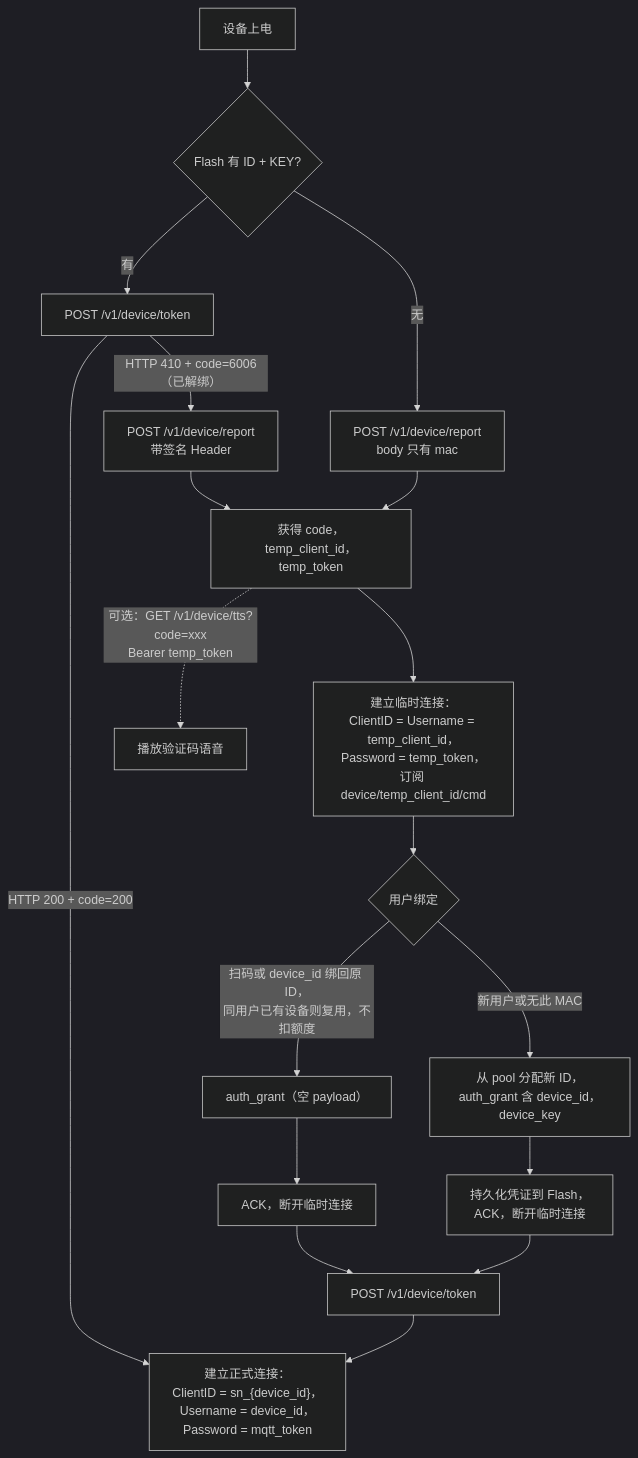
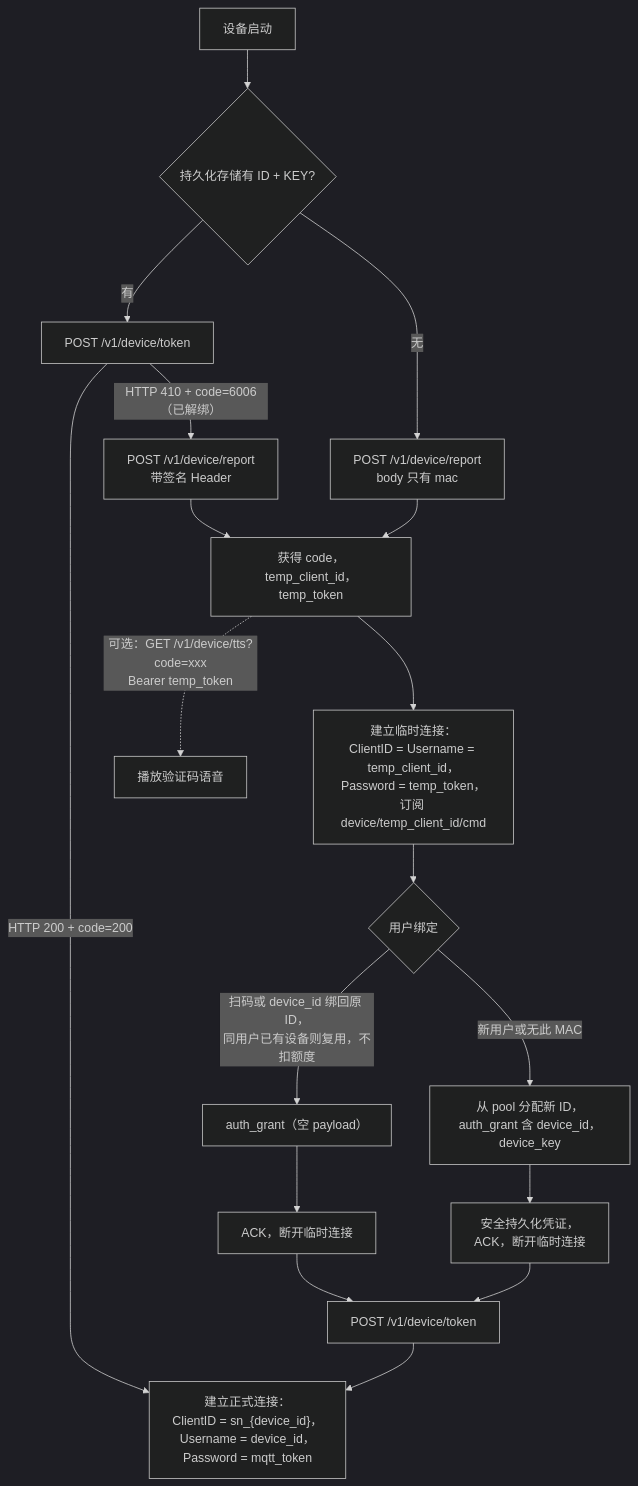
The diagram in thing-connect/device-integration.md (tangeai/tirtc-server-example), drawn with Mermaid (dark theme) before and after one commit. The commit also changed other lines of this file and 41 other files, not shown here.

````diff
--- a/thing-connect/device-integration.md
+++ b/thing-connect/device-integration.md
@@ -56,20 +56,20 @@
 ```mermaid
 flowchart TD
-    A[设备上电] --> B{Flash 有 ID + KEY?}
+    A[设备启动] --> B{持久化存储有 ID + KEY?}
     B -- 有 --> C["POST /v1/device/token"]
     B -- 无 --> D["POST /v1/device/report<br/>body 只有 mac"]
     C -- "HTTP 200 + code=200" --> Z["建立正式连接：<br/>ClientID = sn_{device_id}，<br/>Username = device_id，<br/>Password = mqtt_token"]
     C -- "HTTP 410 + code=6006（已解绑）" --> E["POST /v1/device/report<br/>带签名 Header"]
     D --> F["获得 code，temp_client_id，temp_token"]
     E --> F
     F -. "可选：GET /v1/device/tts?code=xxx<br/>Bearer temp_token" .-> T["播放验证码语音"]
     F --> G["建立临时连接：<br/>ClientID = Username = temp_client_id，<br/>Password = temp_token，<br/>订阅 device/temp_client_id/cmd"]
     G --> H{用户绑定}
     H -- "扫码或 device_id 绑回原 ID，<br/>同用户已有设备则复用，不扣额度" --> I["auth_grant（空 payload）"]
     H -- "新用户或无此 MAC" --> J["从 pool 分配新 ID，<br/>auth_grant 含 device_id，device_key"]
     I --> K["ACK，断开临时连接"]
-    J --> L["持久化凭证到 Flash，<br/>ACK，断开临时连接"]
+    J --> L["安全持久化凭证，<br/>ACK，断开临时连接"]
     K --> M["POST /v1/device/token"]
     L --> M
     M --> Z
 ```
````
